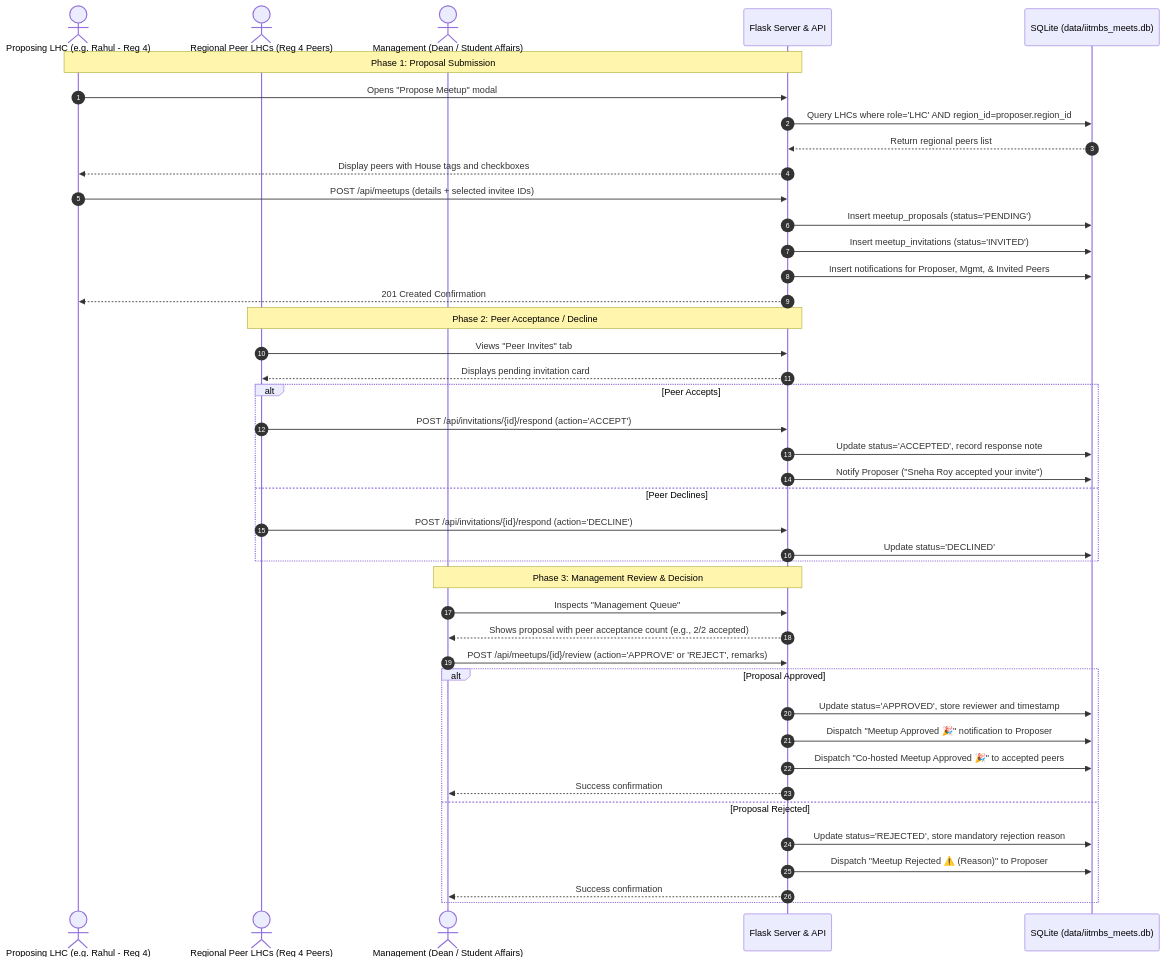
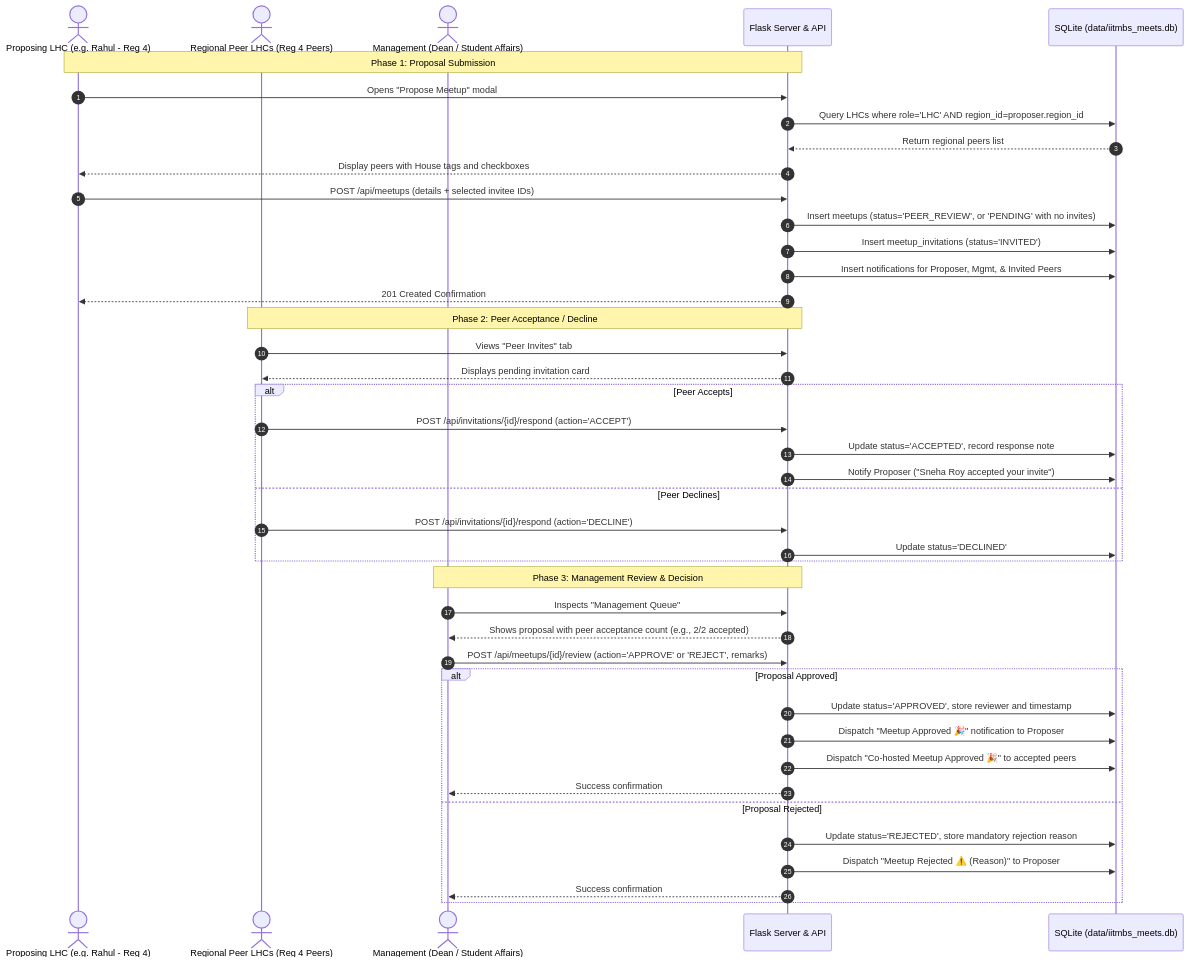
The second of 4 diagrams in WORKFLOW.md (aas0nic/iitmbs-meets), drawn with Mermaid before and after one commit. The commit also changed other lines of this file and 32 other files, not shown here.

````diff
--- a/WORKFLOW.md
+++ b/WORKFLOW.md
@@ -162,47 +162,47 @@
 ```mermaid
 sequenceDiagram
     autonumber
     actor Proposer as Proposing LHC (e.g. Rahul - Reg 4)
     actor Peer as Regional Peer LHCs (Reg 4 Peers)
     actor Mgmt as Management (Dean / Student Affairs)
     participant Server as Flask Server & API
     participant DB as SQLite (data/iitmbs_meets.db)
 
     Note over Proposer, Server: Phase 1: Proposal Submission
     Proposer->>Server: Opens "Propose Meetup" modal
     Server->>DB: Query LHCs where role='LHC' AND region_id=proposer.region_id
     DB-->>Server: Return regional peers list
     Server-->>Proposer: Display peers with House tags and checkboxes
     Proposer->>Server: POST /api/meetups (details + selected invitee IDs)
-    Server->>DB: Insert meetup_proposals (status='PENDING')
+    Server->>DB: Insert meetups (status='PEER_REVIEW', or 'PENDING' with no invites)
     Server->>DB: Insert meetup_invitations (status='INVITED')
     Server->>DB: Insert notifications for Proposer, Mgmt, & Invited Peers
     Server-->>Proposer: 201 Created Confirmation
 
     Note over Peer, Server: Phase 2: Peer Acceptance / Decline
     Peer->>Server: Views "Peer Invites" tab
     Server-->>Peer: Displays pending invitation card
     alt Peer Accepts
         Peer->>Server: POST /api/invitations/{id}/respond (action='ACCEPT')
         Server->>DB: Update status='ACCEPTED', record response note
         Server->>DB: Notify Proposer ("Sneha Roy accepted your invite")
     else Peer Declines
         Peer->>Server: POST /api/invitations/{id}/respond (action='DECLINE')
         Server->>DB: Update status='DECLINED'
     end
 
     Note over Mgmt, Server: Phase 3: Management Review & Decision
     Mgmt->>Server: Inspects "Management Queue"
     Server-->>Mgmt: Shows proposal with peer acceptance count (e.g., 2/2 accepted)
     Mgmt->>Server: POST /api/meetups/{id}/review (action='APPROVE' or 'REJECT', remarks)
     alt Proposal Approved
         Server->>DB: Update status='APPROVED', store reviewer and timestamp
         Server->>DB: Dispatch "Meetup Approved 🎉" notification to Proposer
         Server->>DB: Dispatch "Co-hosted Meetup Approved 🎉" to accepted peers
         Server-->>Mgmt: Success confirmation
     else Proposal Rejected
         Server->>DB: Update status='REJECTED', store mandatory rejection reason
         Server->>DB: Dispatch "Meetup Rejected ⚠️ (Reason)" to Proposer
         Server-->>Mgmt: Success confirmation
     end
 ```
````
